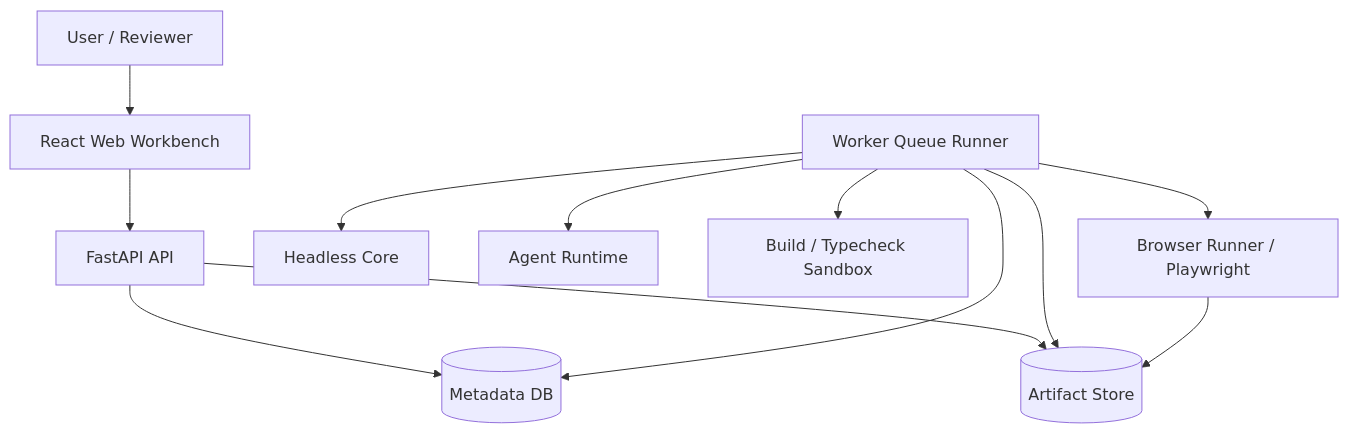
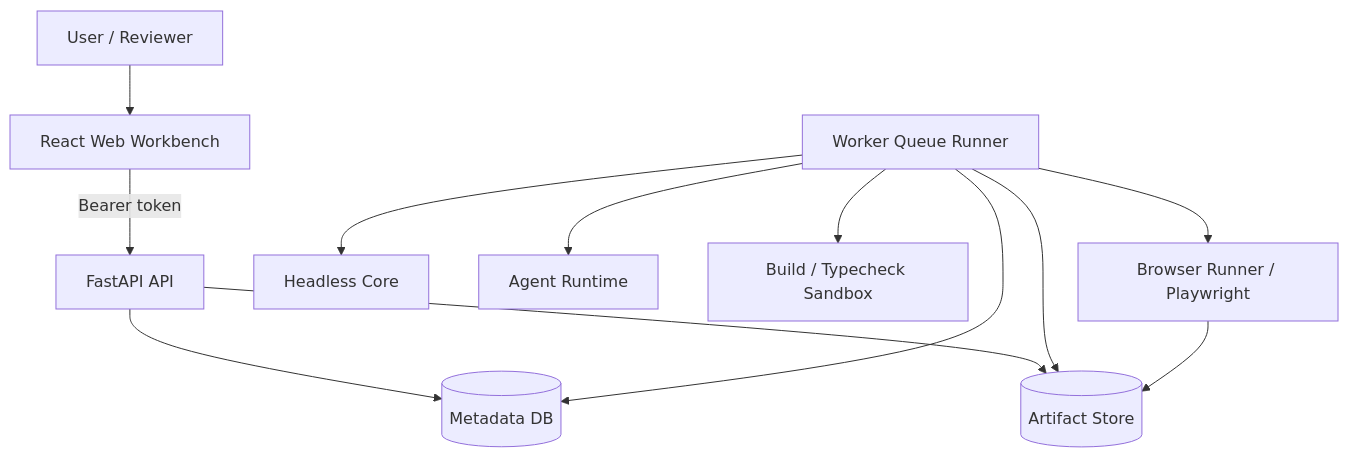
One commit to Leshm0321/ai-jsunpack changed the diagram in README.md. Above: the diagram before and after it, drawn with Mermaid. The commit also changed other lines of this file and 6 other files, not shown here.

````diff
--- a/README.md
+++ b/README.md
@@ -7,14 +7,14 @@
 ```mermaid
 graph TD
   User[User / Reviewer] --> Web[React Web Workbench]
-  Web --> API[FastAPI API]
+  Web -->|Bearer token| API[FastAPI API]
   API --> DB[(Metadata DB)]
   API --> Store[(Artifact Store)]
   Worker[Worker Queue Runner] --> DB
   Worker --> Store
   Worker --> Core[Headless Core]
   Worker --> Agent[Agent Runtime]
   Worker --> Sandbox[Build / Typecheck Sandbox]
   Worker --> Browser[Browser Runner / Playwright]
   Browser --> Store
 ```
````
